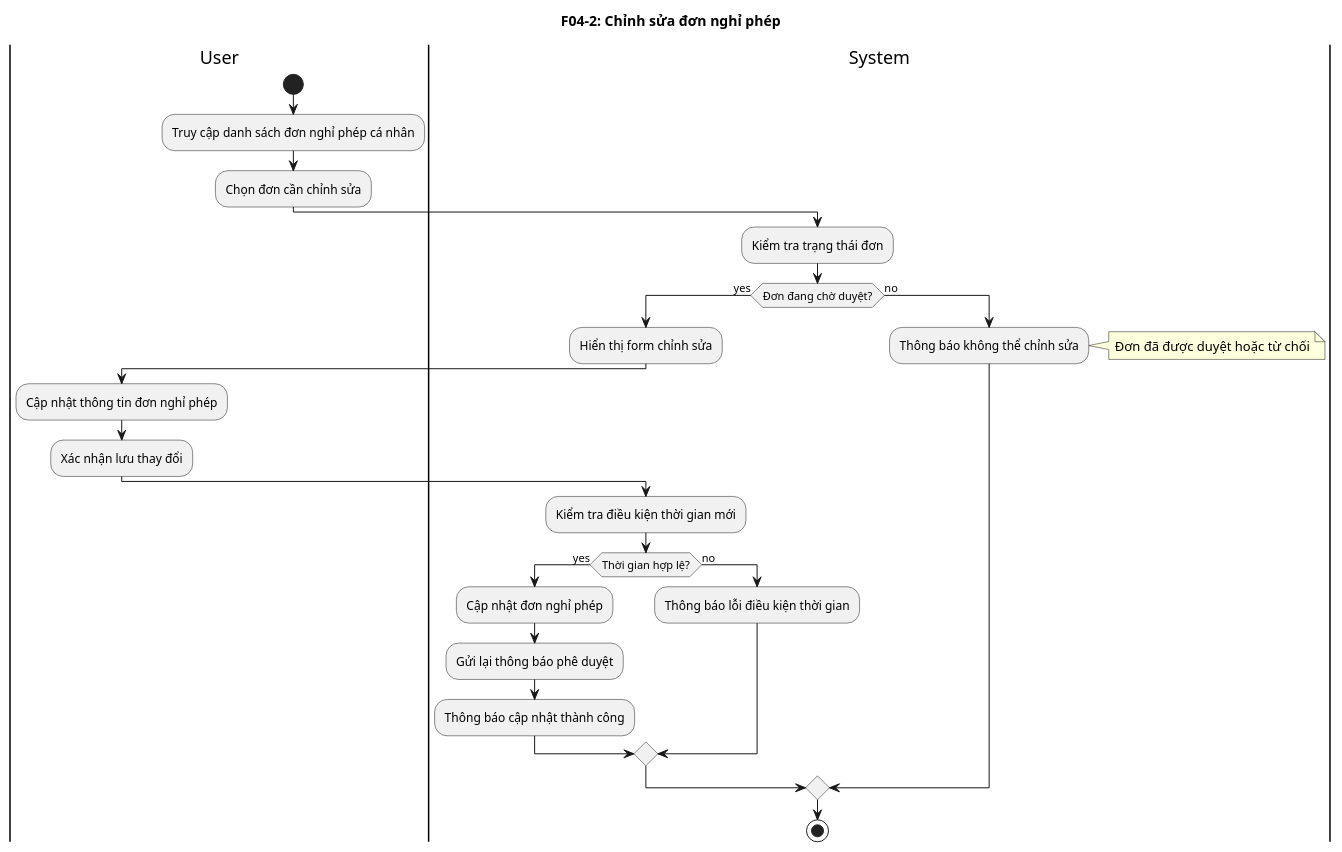
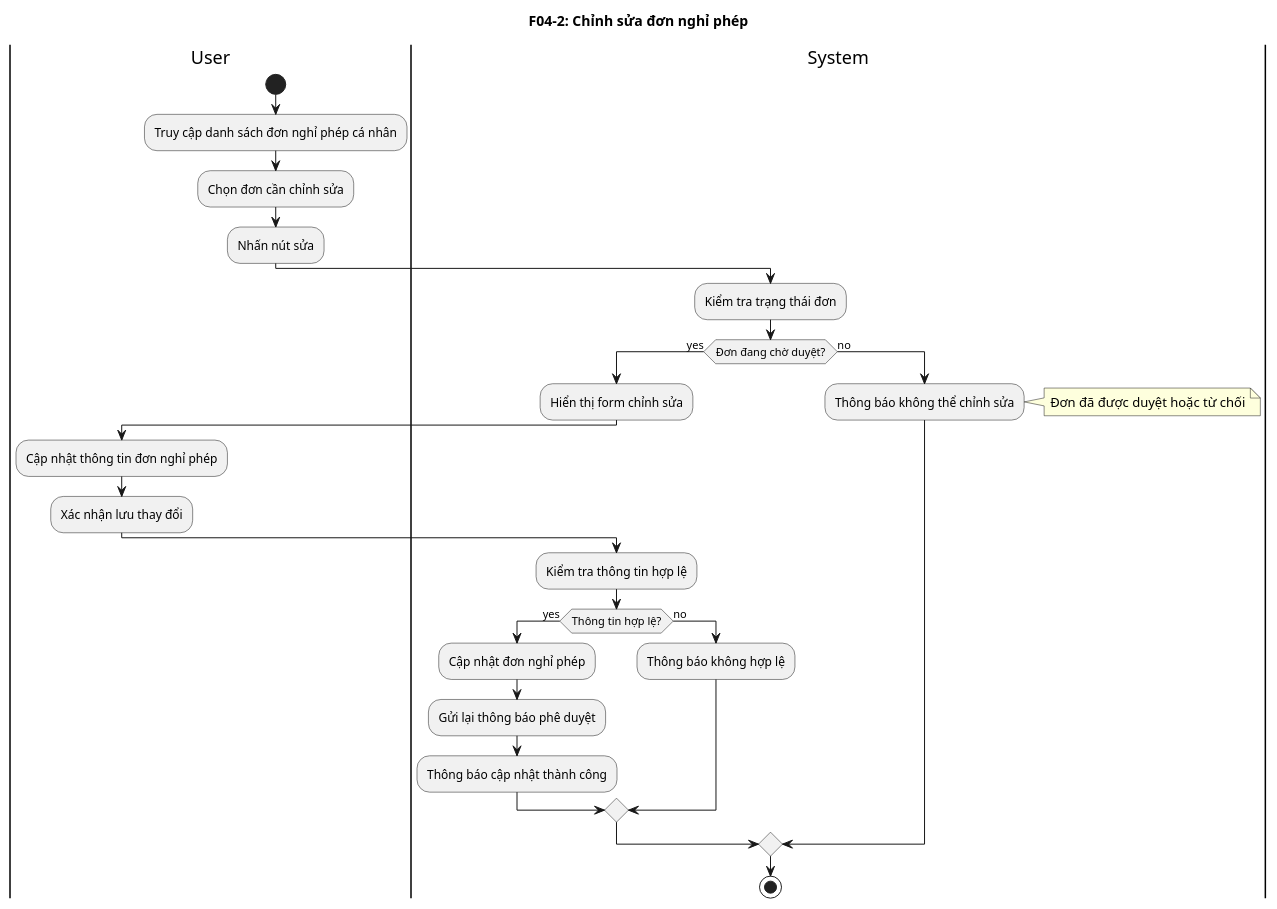
Before and after one commit to hoangh-e/PowerAppp_AppNghiPhep: the fifth of 34 diagrams in activity_diagrams.puml, drawn with PlantUML. The commit also changed other lines of this file and 25 other files, not shown here.

```diff
--- a/activity_diagrams.puml
+++ b/activity_diagrams.puml
@@ -90,28 +95,29 @@
 @startuml F04_Edit_Leave_Request
 title F04-2: Chỉnh sửa đơn nghỉ phép
 |User|
 start
 :Truy cập danh sách đơn nghỉ phép cá nhân;
 :Chọn đơn cần chỉnh sửa;
+:Nhấn nút sửa;
 |System|
 :Kiểm tra trạng thái đơn;
 if (Đơn đang chờ duyệt?) then (yes)
   :Hiển thị form chỉnh sửa;
   |User|
   :Cập nhật thông tin đơn nghỉ phép;
   :Xác nhận lưu thay đổi;
   |System|
-  :Kiểm tra điều kiện thời gian mới;
-  if (Thời gian hợp lệ?) then (yes)
+  :Kiểm tra thông tin hợp lệ;
+  if (Thông tin hợp lệ?) then (yes)
     :Cập nhật đơn nghỉ phép;
     :Gửi lại thông báo phê duyệt;
     :Thông báo cập nhật thành công;
   else (no)
-    :Thông báo lỗi điều kiện thời gian;
+    :Thông báo không hợp lệ;
   endif
 else (no)
   :Thông báo không thể chỉnh sửa;
   note right: Đơn đã được duyệt hoặc từ chối
 endif
 stop
 @enduml
```
